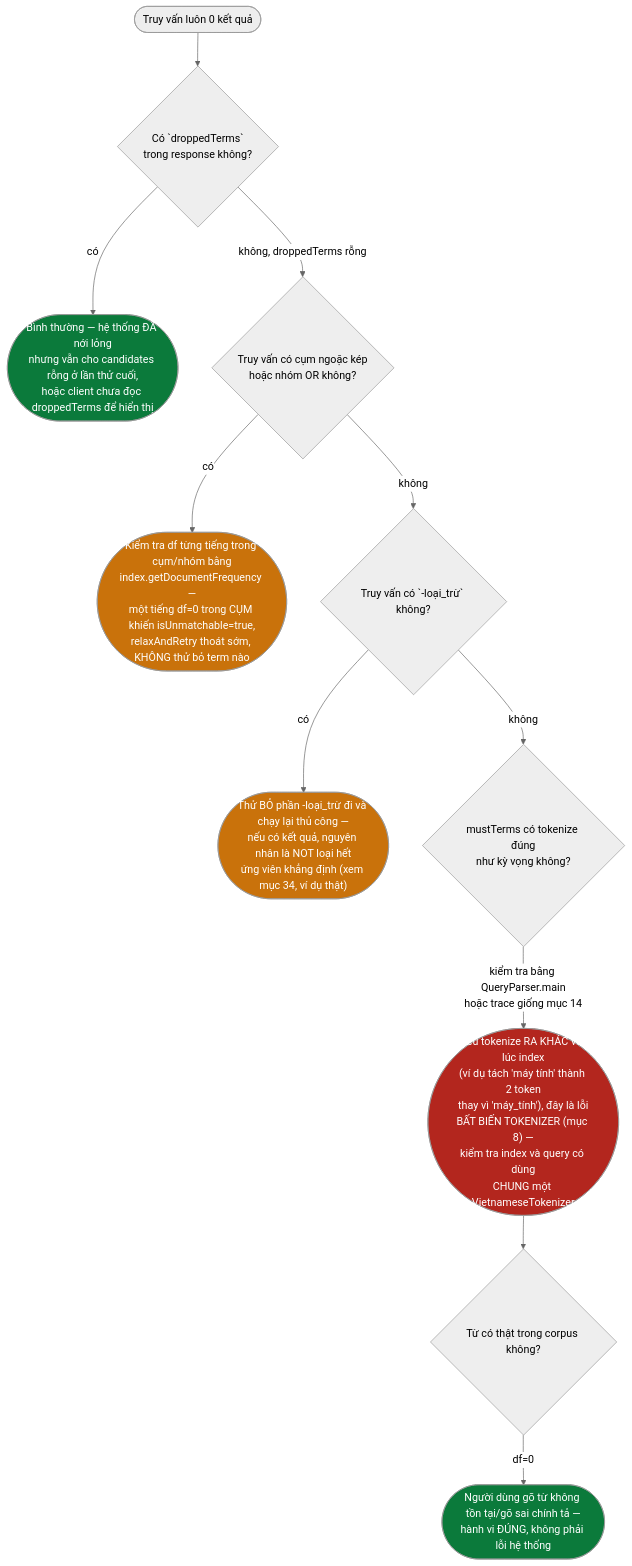
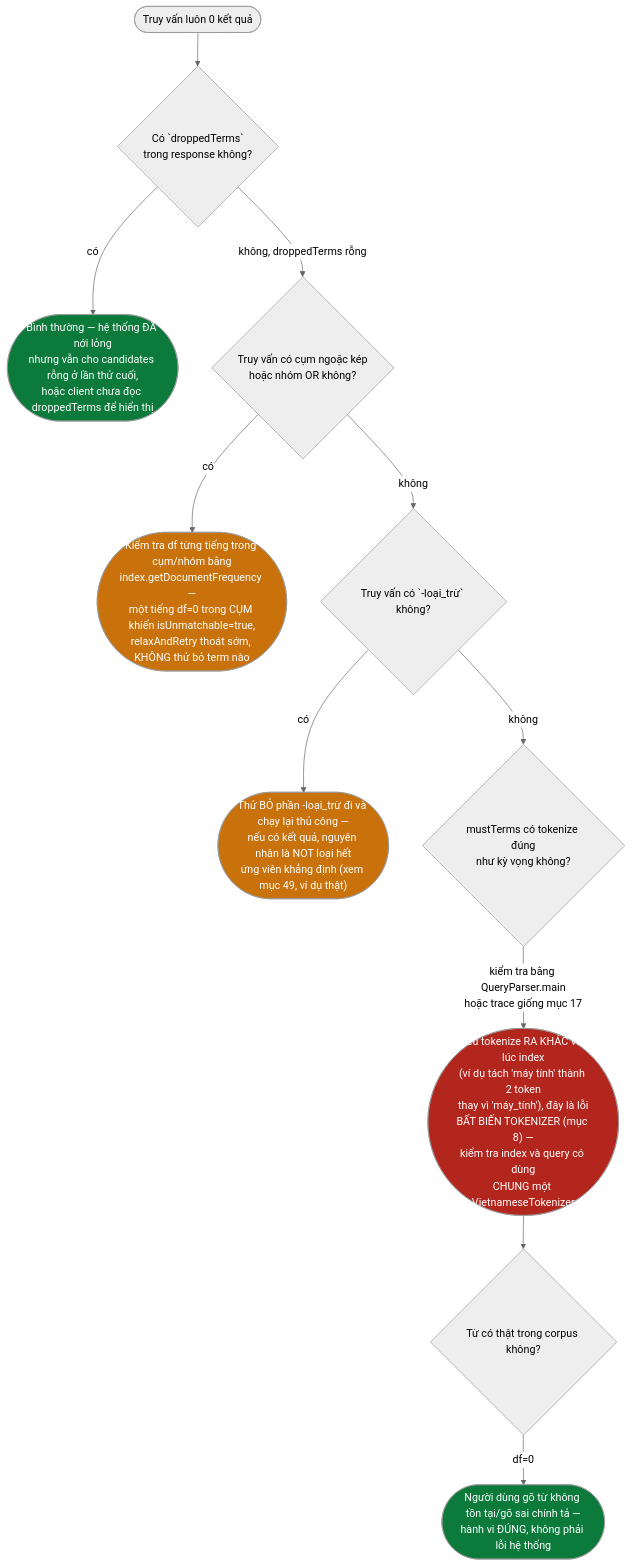
Before and after one commit to KietAnhCS/CocCoc-Plus: diagram 15 of 15 in docs/QUERY-PIPELINE.md, drawn with Mermaid (neutral theme). The commit also changed other lines of this file and 4 other files, not shown here.

````diff
--- a/docs/QUERY-PIPELINE.md
+++ b/docs/QUERY-PIPELINE.md
@@ -2347,19 +2498,19 @@
 ```mermaid
 flowchart TD
     START(["Truy vấn luôn 0 kết quả"]) --> Q1{"Có `droppedTerms`<br/>trong response không?"}
     Q1 -->|"có"| A1(["Bình thường — hệ thống ĐÃ nới lỏng<br/>nhưng vẫn cho candidates rỗng ở lần thử cuối,<br/>hoặc client chưa đọc droppedTerms để hiển thị"]) 
     Q1 -->|"không, droppedTerms rỗng"| Q2{"Truy vấn có cụm ngoặc kép<br/>hoặc nhóm OR không?"}
     Q2 -->|"có"| A2(["Kiểm tra df từng tiếng trong cụm/nhóm bằng<br/>index.getDocumentFrequency —<br/>một tiếng df=0 trong CỤM khiến isUnmatchable=true,<br/>relaxAndRetry thoát sớm, KHÔNG thử bỏ term nào"])
     Q2 -->|"không"| Q3{"Truy vấn có `-loại_trừ` không?"}
-    Q3 -->|"có"| A3(["Thử BỎ phần -loại_trừ đi và chạy lại thủ công —<br/>nếu có kết quả, nguyên nhân là NOT loại hết<br/>ứng viên khẳng định (xem mục 34, ví dụ thật)"])
+    Q3 -->|"có"| A3(["Thử BỎ phần -loại_trừ đi và chạy lại thủ công —<br/>nếu có kết quả, nguyên nhân là NOT loại hết<br/>ứng viên khẳng định (xem mục 49, ví dụ thật)"])
     Q3 -->|"không"| Q4{"mustTerms có tokenize đúng<br/>như kỳ vọng không?"}
-    Q4 -->|"kiểm tra bằng QueryParser.main<br/>hoặc trace giống mục 14"| A4(["Nếu tokenize RA KHÁC với lúc index<br/>(ví dụ tách 'máy tính' thành 2 token<br/>thay vì 'máy_tính'), đây là lỗi<br/>BẤT BIẾN TOKENIZER (mục 8) —<br/>kiểm tra index và query có dùng<br/>CHUNG một VietnameseTokenizer"])
+    Q4 -->|"kiểm tra bằng QueryParser.main<br/>hoặc trace giống mục 17"| A4(["Nếu tokenize RA KHÁC với lúc index<br/>(ví dụ tách 'máy tính' thành 2 token<br/>thay vì 'máy_tính'), đây là lỗi<br/>BẤT BIẾN TOKENIZER (mục 8) —<br/>kiểm tra index và query có dùng<br/>CHUNG một VietnameseTokenizer"])
     A4 --> Q5{"Từ có thật trong corpus không?"}
     Q5 -->|"df=0"| A5(["Người dùng gõ từ không tồn tại/gõ sai chính tả —<br/>hành vi ĐÚNG, không phải lỗi hệ thống"])
 
     style A1 fill:#0b7a3b,color:#fff
     style A5 fill:#0b7a3b,color:#fff
     style A2 fill:#c9720b,color:#fff
     style A3 fill:#c9720b,color:#fff
     style A4 fill:#b3261e,color:#fff
 ```
````
